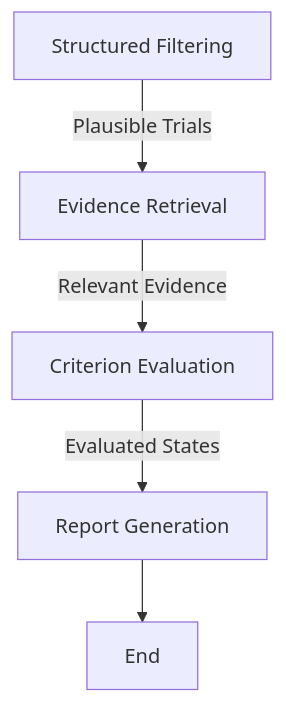
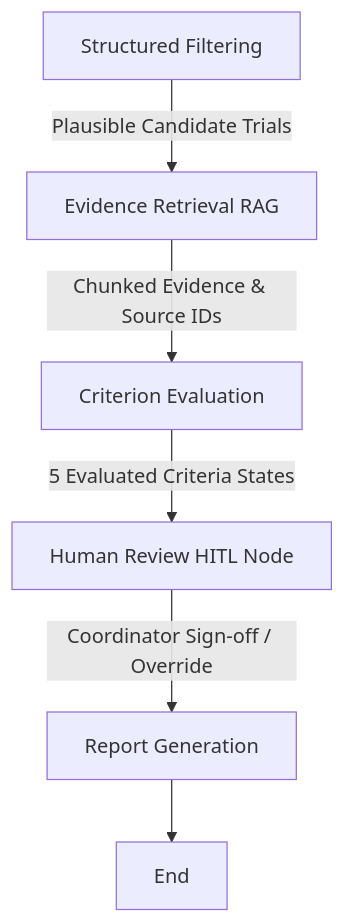
One commit to ManasMeta/take-home-assignment changed the diagram in README.md. Above: the diagram before and after it, drawn with Mermaid. The commit also changed other lines of this file and 8 other files, not shown here.

Commit message:
Complete Type 2 Diabetes Clinical Trial Pre-Screening Agent with LangGraph HITL, RAG evals, and LangSmith telemetry

````diff
--- a/README.md
+++ b/README.md
@@ -24,7 +21,8 @@
 ```mermaid
 graph TD
-    A[Structured Filtering] -->|Plausible Trials| B[Evidence Retrieval]
-    B -->|Relevant Evidence| C[Criterion Evaluation]
-    C -->|Evaluated States| D[Report Generation]
-    D --> E[End]
+    A[Structured Filtering] -->|Plausible Candidate Trials| B[Evidence Retrieval RAG]
+    B -->|Chunked Evidence & Source IDs| C[Criterion Evaluation]
+    C -->|5 Evaluated Criteria States| D[Human Review HITL Node]
+    D -->|Coordinator Sign-off / Override| E[Report Generation]
+    E --> F[End]
 ```
````
